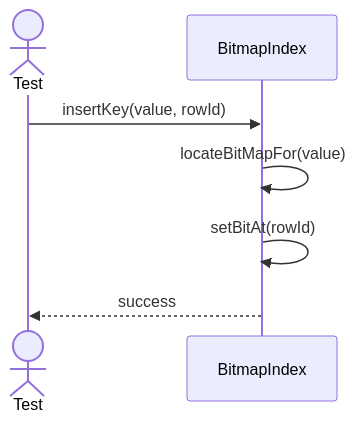
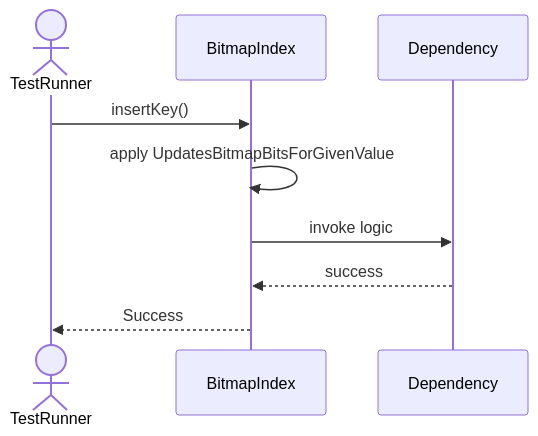
The first of 6 diagrams in Sequences/DatabaseObjectManagement/BitmapIndex.md (TamBui1706/DBMS), drawn with Mermaid before and after one commit. The commit also changed other lines of this file and 63 other files, not shown here.

Commit message:
Draw sequence diagram for unit tests

````diff
--- a/Sequences/DatabaseObjectManagement/BitmapIndex.md
+++ b/Sequences/DatabaseObjectManagement/BitmapIndex.md
@@ -15,10 +20,10 @@
 ```mermaid
 sequenceDiagram
-    actor Test
+    actor TestRunner
     participant BitmapIndex
-
-    Test->>BitmapIndex: insertKey(value, rowId)
-    BitmapIndex->>BitmapIndex: locateBitMapFor(value)
-    BitmapIndex->>BitmapIndex: setBitAt(rowId)
-    BitmapIndex-->>Test: success
+    TestRunner->>BitmapIndex: insertKey()
+    BitmapIndex->>BitmapIndex: apply UpdatesBitmapBitsForGivenValue
+    BitmapIndex->>Dependency: invoke logic
+    Dependency-->>BitmapIndex: success
+    BitmapIndex-->>TestRunner: Success
 ```
````
